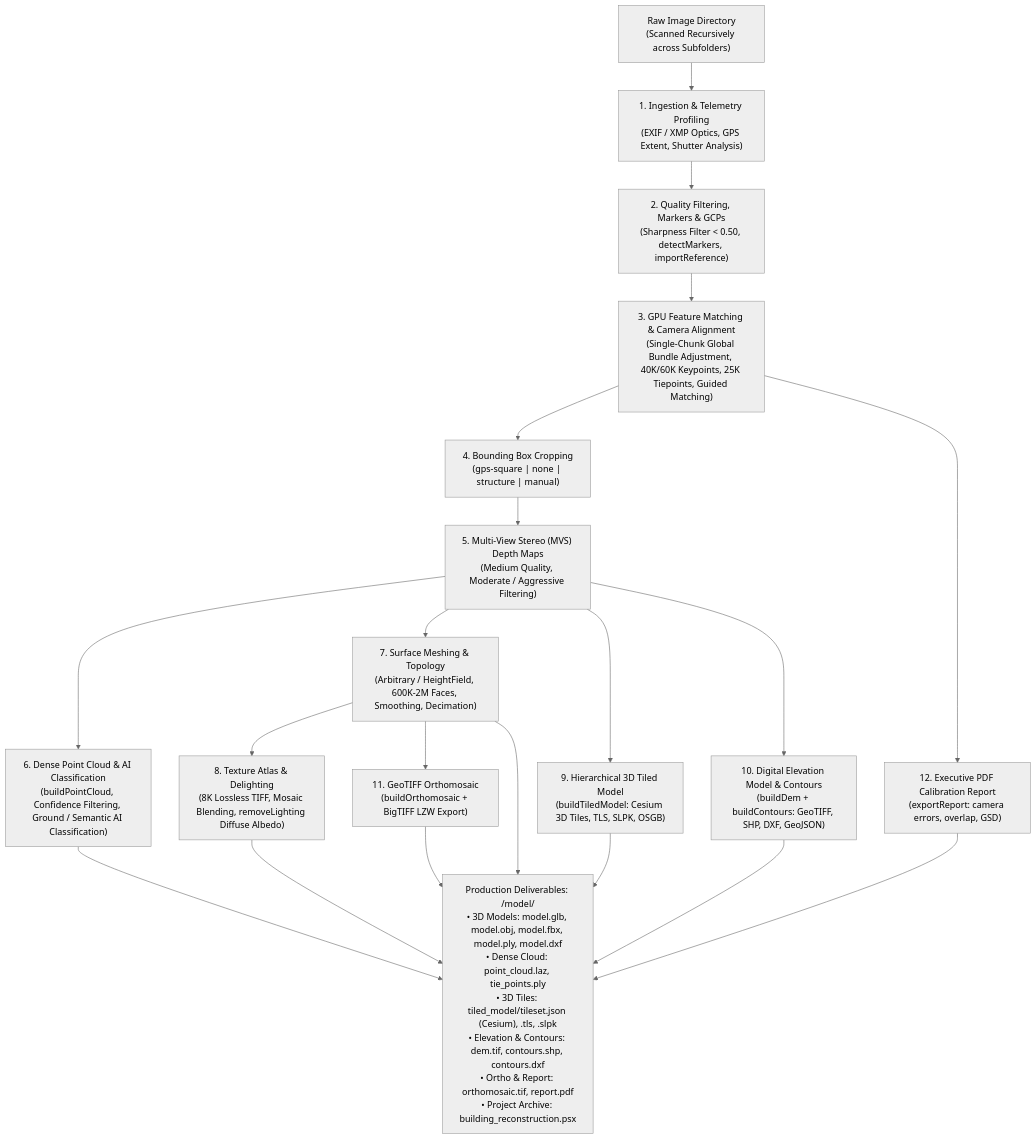
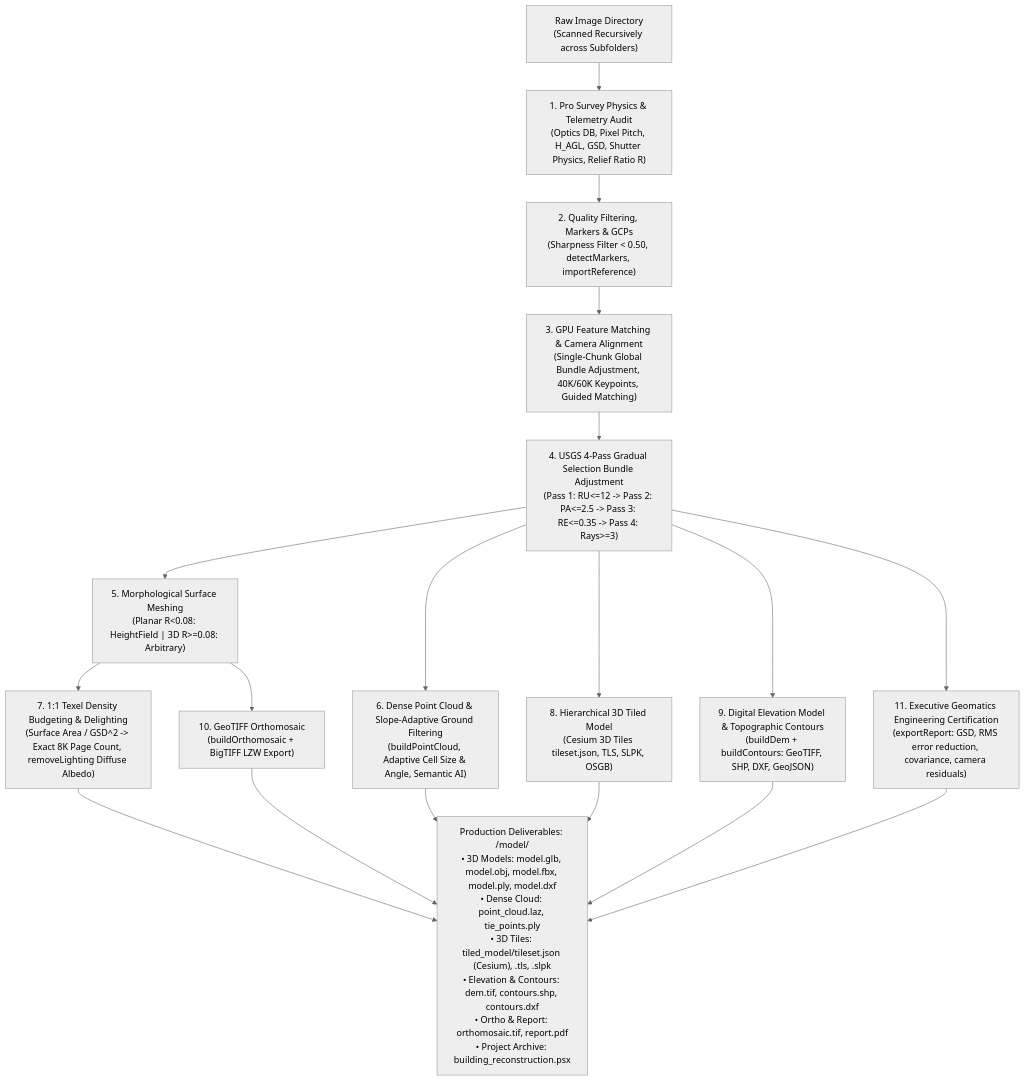
One commit to ngviettam82/AutoMetashape changed the diagram in skills/user/image-to-3d-model/SKILL.md. Above: the diagram before and after it, drawn with Mermaid (neutral theme). The commit also changed other lines of this file and 4 other files, not shown here.

Commit message:
feat: Implement pro photogrammetry survey physics engine and USGS gradual selection

````diff
--- a/skills/user/image-to-3d-model/SKILL.md
+++ b/skills/user/image-to-3d-model/SKILL.md
@@ -40,22 +41,20 @@
 ```mermaid
 flowchart TD
-    A["Raw Image Directory<br/>(Scanned Recursively across Subfolders)"] --> B["1. Ingestion & Telemetry Profiling<br/>(EXIF / XMP Optics, GPS Extent, Shutter Analysis)"]
+    A["Raw Image Directory<br/>(Scanned Recursively across Subfolders)"] --> B["1. Pro Survey Physics & Telemetry Audit<br/>(Optics DB, Pixel Pitch, H_AGL, GSD, Shutter Physics, Relief Ratio R)"]
     B --> C["2. Quality Filtering, Markers & GCPs<br/>(Sharpness Filter < 0.50, detectMarkers, importReference)"]
-    C --> D["3. GPU Feature Matching & Camera Alignment<br/>(Single-Chunk Global Bundle Adjustment, 40K/60K Keypoints, 25K Tiepoints, Guided Matching)"]
-    D --> E["4. Bounding Box Cropping<br/>(gps-square | none | structure | manual)"]
-    E --> F["5. Multi-View Stereo (MVS) Depth Maps<br/>(Medium Quality, Moderate / Aggressive Filtering)"]
-    F --> G["6. Dense Point Cloud & AI Classification<br/>(buildPointCloud, Confidence Filtering, Ground / Semantic AI Classification)"]
-    F --> H["7. Surface Meshing & Topology<br/>(Arbitrary / HeightField, 600K-2M Faces, Smoothing, Decimation)"]
-    H --> I["8. Texture Atlas & Delighting<br/>(8K Lossless TIFF, Mosaic Blending, removeLighting Diffuse Albedo)"]
-    F --> J["9. Hierarchical 3D Tiled Model<br/>(buildTiledModel: Cesium 3D Tiles, TLS, SLPK, OSGB)"]
-    F --> K["10. Digital Elevation Model & Contours<br/>(buildDem + buildContours: GeoTIFF, SHP, DXF, GeoJSON)"]
-    H --> L["11. GeoTIFF Orthomosaic<br/>(buildOrthomosaic + BigTIFF LZW Export)"]
-    D --> M["12. Executive PDF Calibration Report<br/>(exportReport: camera errors, overlap, GSD)"]
-    G --> N["Production Deliverables: <images_dir>/model/<br/>• 3D Models: model.glb, model.obj, model.fbx, model.ply, model.dxf<br/>• Dense Cloud: point_cloud.laz, tie_points.ply<br/>• 3D Tiles: tiled_model/tileset.json (Cesium), .tls, .slpk<br/>• Elevation & Contours: dem.tif, contours.shp, contours.dxf<br/>• Ortho & Report: orthomosaic.tif, report.pdf<br/>• Project Archive: building_reconstruction.psx"]
-    H --> N
-    I --> N
-    J --> N
-    K --> N
-    L --> N
-    M --> N
+    C --> D["3. GPU Feature Matching & Camera Alignment<br/>(Single-Chunk Global Bundle Adjustment, 40K/60K Keypoints, Guided Matching)"]
+    D --> E["4. USGS 4-Pass Gradual Selection Bundle Adjustment<br/>(Pass 1: RU<=12 -> Pass 2: PA<=2.5 -> Pass 3: RE<=0.35 -> Pass 4: Rays>=3)"]
+    E --> F["5. Morphological Surface Meshing<br/>(Planar R<0.08: HeightField | 3D R>=0.08: Arbitrary)"]
+    E --> G["6. Dense Point Cloud & Slope-Adaptive Ground Filtering<br/>(buildPointCloud, Adaptive Cell Size & Angle, Semantic AI)"]
+    F --> H["7. 1:1 Texel Density Budgeting & Delighting<br/>(Surface Area / GSD^2 -> Exact 8K Page Count, removeLighting Diffuse Albedo)"]
+    E --> I["8. Hierarchical 3D Tiled Model<br/>(Cesium 3D Tiles tileset.json, TLS, SLPK, OSGB)"]
+    E --> J["9. Digital Elevation Model & Topographic Contours<br/>(buildDem + buildContours: GeoTIFF, SHP, DXF, GeoJSON)"]
+    F --> K["10. GeoTIFF Orthomosaic<br/>(buildOrthomosaic + BigTIFF LZW Export)"]
+    E --> L["11. Executive Geomatics Engineering Certification<br/>(exportReport: GSD, RMS error reduction, covariance, camera residuals)"]
+    G --> M["Production Deliverables: <images_dir>/model/<br/>• 3D Models: model.glb, model.obj, model.fbx, model.ply, model.dxf<br/>• Dense Cloud: point_cloud.laz, tie_points.ply<br/>• 3D Tiles: tiled_model/tileset.json (Cesium), .tls, .slpk<br/>• Elevation & Contours: dem.tif, contours.shp, contours.dxf<br/>• Ortho & Report: orthomosaic.tif, report.pdf<br/>• Project Archive: building_reconstruction.psx"]
+    H --> M
+    I --> M
+    J --> M
+    K --> M
+    L --> M
 ```
````
